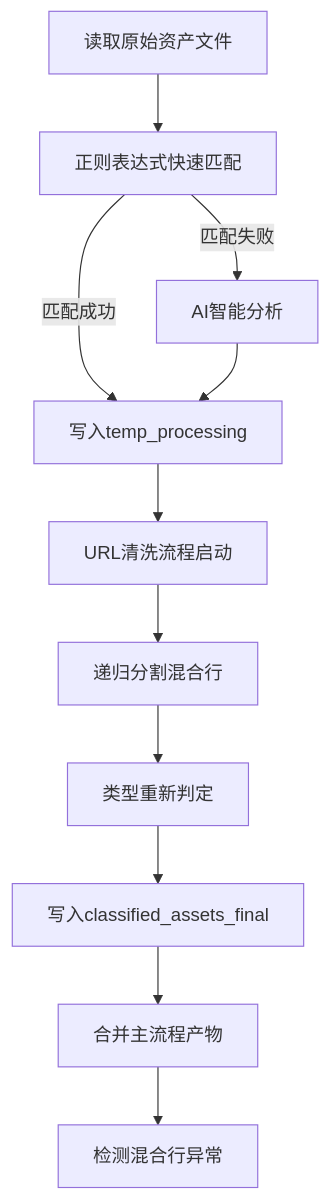
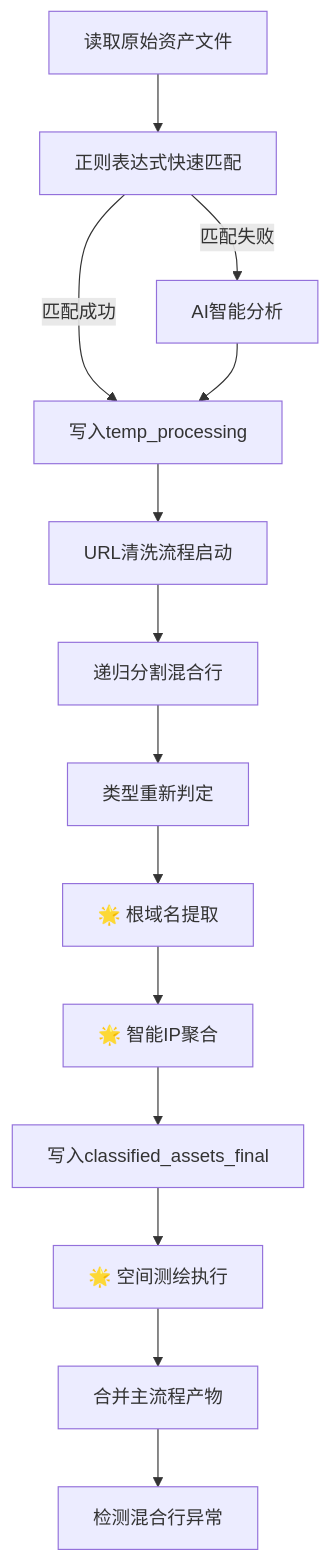
Before and after one commit to taielab/ClearFeather: the diagram in README.md, drawn with Mermaid. The commit also changed other lines of this file and 1 other file, not shown here.

````diff
--- a/README.md
+++ b/README.md
@@ -189,13 +415,16 @@
 ```mermaid
 graph TD
     A[读取原始资产文件] --> B[正则表达式快速匹配]
     B -->|匹配成功| D[写入temp_processing]
     B -->|匹配失败| C[AI智能分析]
     C --> D
     D --> E[URL清洗流程启动]
     E --> F[递归分割混合行]
     F --> G[类型重新判定]
-    G --> H[写入classified_assets_final]
-    H --> I[合并主流程产物]
-    I --> J[检测混合行异常]
+    G --> H[🌟 根域名提取]
+    H --> I[🌟 智能IP聚合]
+    I --> J[写入classified_assets_final]
+    J --> K[🌟 空间测绘执行]
+    K --> L[合并主流程产物]
+    L --> M[检测混合行异常]
 ```
````
